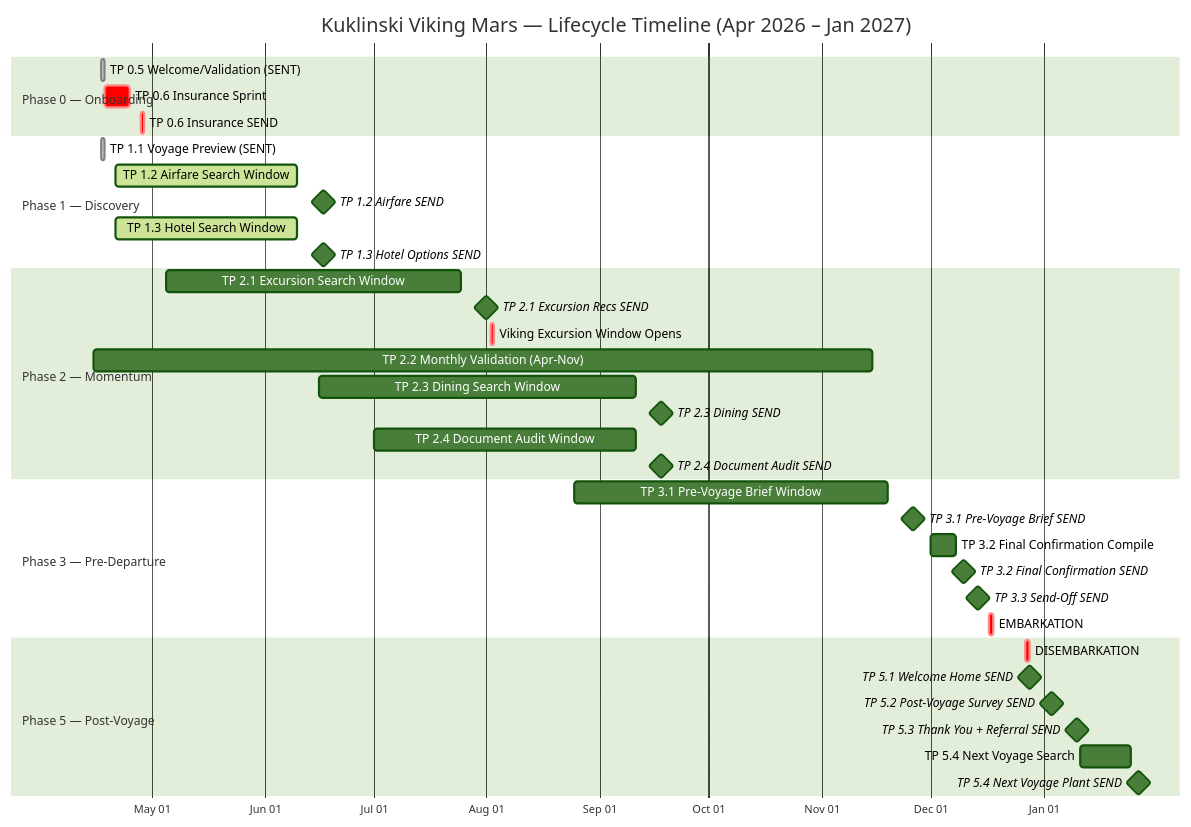
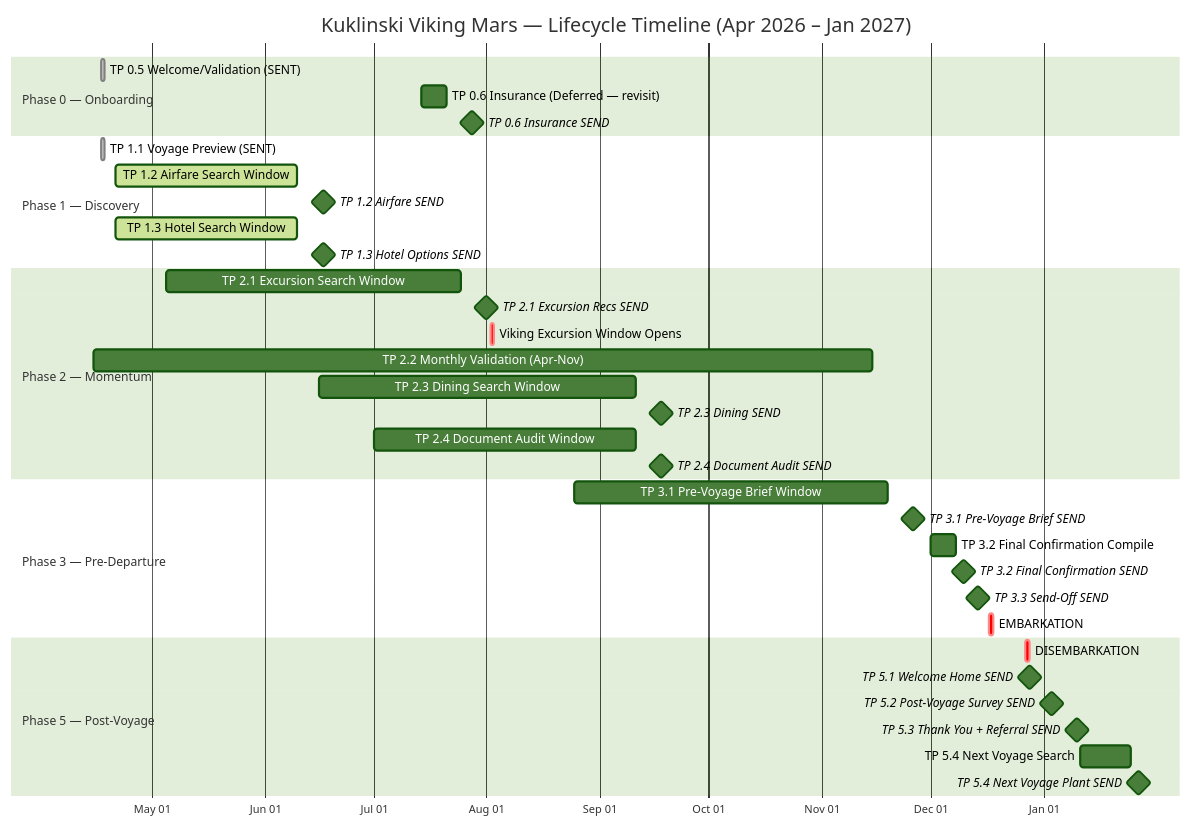
The first of 2 diagrams in D2M/lifecycle/Kuklinski_Viking_Panama_Lifecycle.md (johnloucks3-sudo/d2m-travel-skills), drawn with Mermaid (forest theme) before and after one commit. The commit also changed other lines of this file and 309 other files, not shown here.

Commit message:
refactor: Split hale_cos.md into tiered load architecture (Layers 1-3 core, 4-10 operations, 11-19 governance)

````diff
--- a/D2M/lifecycle/Kuklinski_Viking_Panama_Lifecycle.md
+++ b/D2M/lifecycle/Kuklinski_Viking_Panama_Lifecycle.md
@@ -122,44 +122,44 @@
 ```mermaid
 gantt
     title Kuklinski Viking Mars — Lifecycle Timeline (Apr 2026 – Jan 2027)
     dateFormat YYYY-MM-DD
     axisFormat %b %d
 
     section Phase 0 — Onboarding
     TP 0.5 Welcome/Validation (SENT)          :done, tp05, 2026-04-17, 1d
-    TP 0.6 Insurance Sprint                   :crit, tp06, 2026-04-18, 2026-04-25
-    TP 0.6 Insurance SEND                     :crit, tp06s, 2026-04-28, 1d
+    TP 0.6 Insurance (Deferred — revisit)     :tp06, 2026-07-14, 2026-07-21
+    TP 0.6 Insurance SEND                     :milestone, tp06s, 2026-07-28, 0d
 
     section Phase 1 — Discovery
     TP 1.1 Voyage Preview (SENT)              :done, tp11, 2026-04-17, 1d
     TP 1.2 Airfare Search Window              :active, tp12search, 2026-04-21, 2026-06-10
     TP 1.2 Airfare SEND                       :milestone, tp12send, 2026-06-17, 0d
     TP 1.3 Hotel Search Window                :active, tp13search, 2026-04-21, 2026-06-10
     TP 1.3 Hotel Options SEND                 :milestone, tp13send, 2026-06-17, 0d
 
     section Phase 2 — Momentum
     TP 2.1 Excursion Search Window            :tp21search, 2026-05-05, 2026-07-25
     TP 2.1 Excursion Recs SEND                :milestone, tp21send, 2026-08-01, 0d
     Viking Excursion Window Opens             :crit, vikingexc, 2026-08-02, 1d
     TP 2.2 Monthly Validation (Apr-Nov)       :tp22, 2026-04-15, 2026-11-15
     TP 2.3 Dining Search Window               :tp23search, 2026-06-16, 2026-09-11
     TP 2.3 Dining SEND                        :milestone, tp23send, 2026-09-18, 0d
     TP 2.4 Document Audit Window              :tp24search, 2026-07-01, 2026-09-11
     TP 2.4 Document Audit SEND                :milestone, tp24send, 2026-09-18, 0d
 
     section Phase 3 — Pre-Departure
     TP 3.1 Pre-Voyage Brief Window            :tp31search, 2026-08-25, 2026-11-19
     TP 3.1 Pre-Voyage Brief SEND              :milestone, tp31send, 2026-11-26, 0d
     TP 3.2 Final Confirmation Compile         :tp32compile, 2026-12-01, 2026-12-08
     TP 3.2 Final Confirmation SEND            :milestone, tp32send, 2026-12-10, 0d
     TP 3.3 Send-Off SEND                      :milestone, tp33send, 2026-12-14, 0d
     EMBARKATION                               :crit, embark, 2026-12-17, 1d
 
     section Phase 5 — Post-Voyage
     DISEMBARKATION                            :crit, disembark, 2026-12-27, 1d
     TP 5.1 Welcome Home SEND                  :milestone, tp51send, 2026-12-28, 0d
     TP 5.2 Post-Voyage Survey SEND            :milestone, tp52send, 2027-01-03, 0d
     TP 5.3 Thank You + Referral SEND          :milestone, tp53send, 2027-01-10, 0d
     TP 5.4 Next Voyage Search                 :tp54search, 2027-01-11, 2027-01-25
     TP 5.4 Next Voyage Plant SEND             :milestone, tp54send, 2027-01-27, 0d
 ```
````
